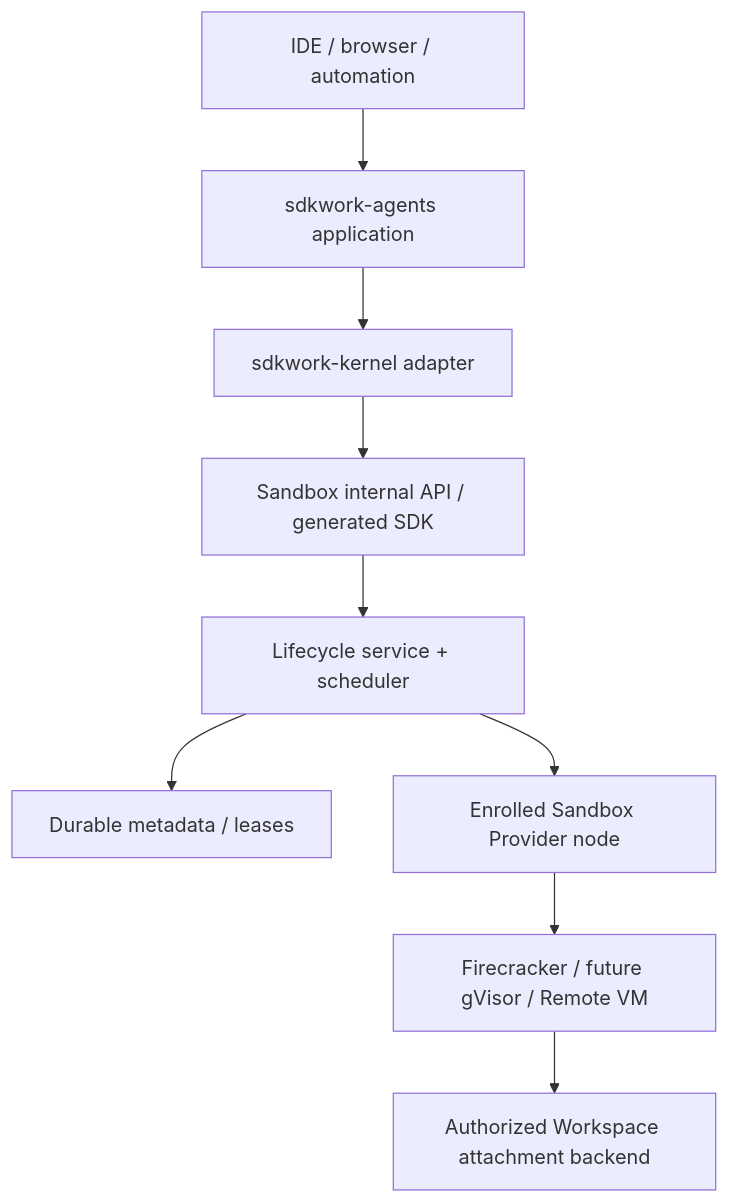
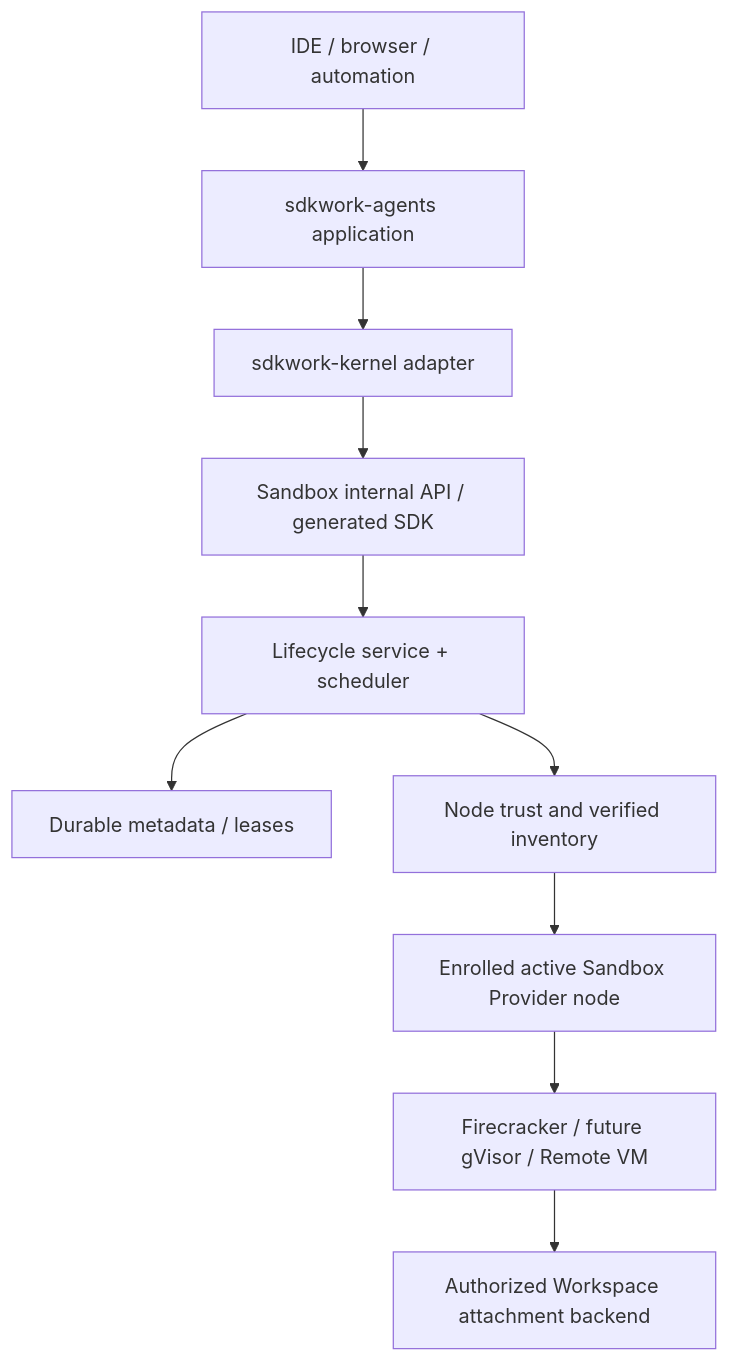
Before and after one commit to Sdkwork-Cloud/sdkwork-sandbox: the second of 3 diagrams in docs/architecture/tech/TECH-runtime-topology.md, drawn with Mermaid. The commit also changed other lines of this file and 110 other files, not shown here.

````diff
--- a/docs/architecture/tech/TECH-runtime-topology.md
+++ b/docs/architecture/tech/TECH-runtime-topology.md
@@ -29,11 +29,12 @@
 ```mermaid
 flowchart TB
     CLIENT["IDE / browser / automation"] --> AGENTS["sdkwork-agents application"]
     AGENTS --> KERNEL["sdkwork-kernel adapter"]
     KERNEL --> API["Sandbox internal API / generated SDK"]
     API --> CONTROL["Lifecycle service + scheduler"]
     CONTROL --> META["Durable metadata / leases"]
-    CONTROL --> NODE["Enrolled Sandbox Provider node"]
+    CONTROL --> TRUST["Node trust and verified inventory"]
+    TRUST --> NODE["Enrolled active Sandbox Provider node"]
     NODE --> PROVIDER["Firecracker / future gVisor / Remote VM"]
     PROVIDER --> WORKSPACE["Authorized Workspace attachment backend"]
 ```
````
